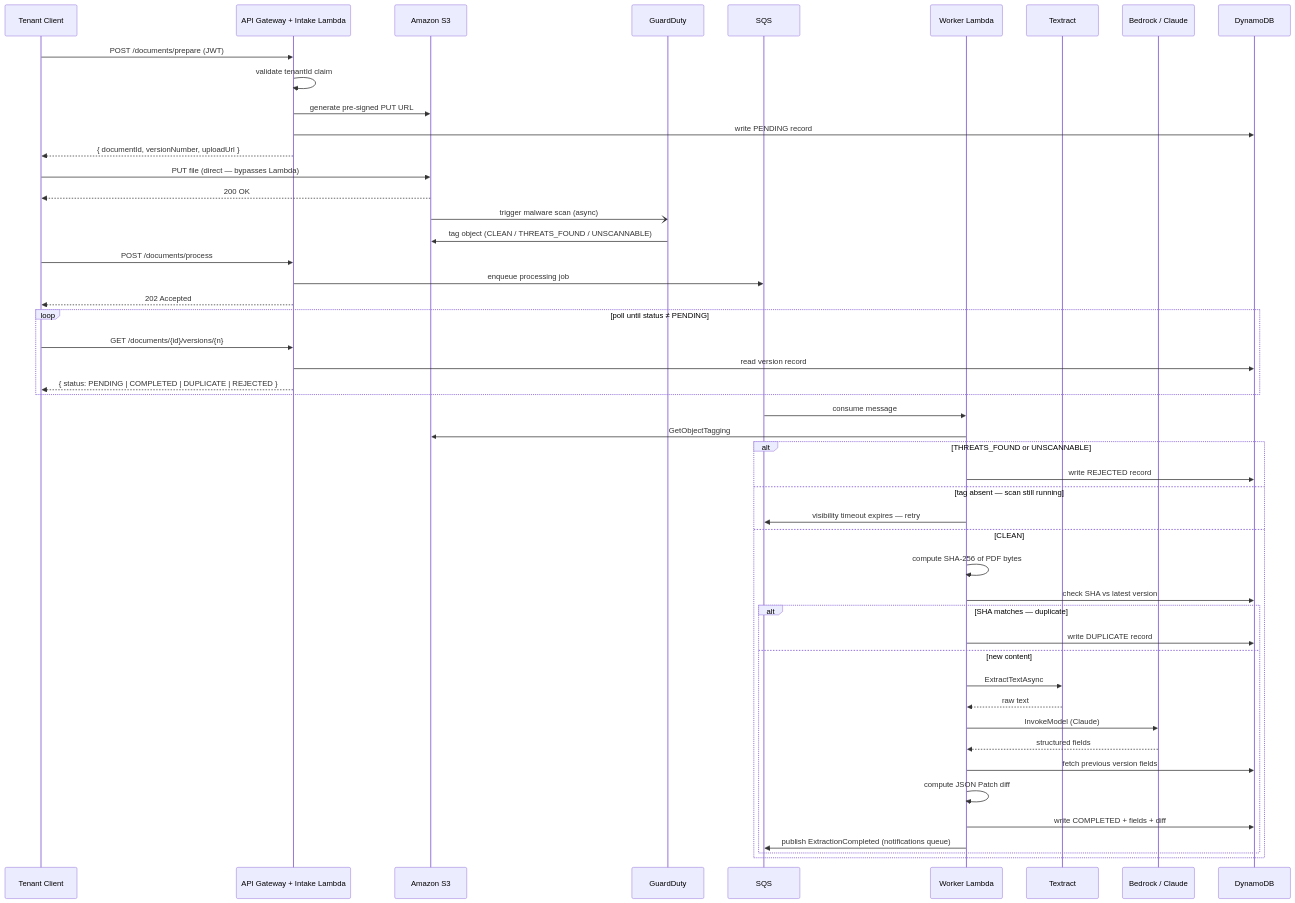
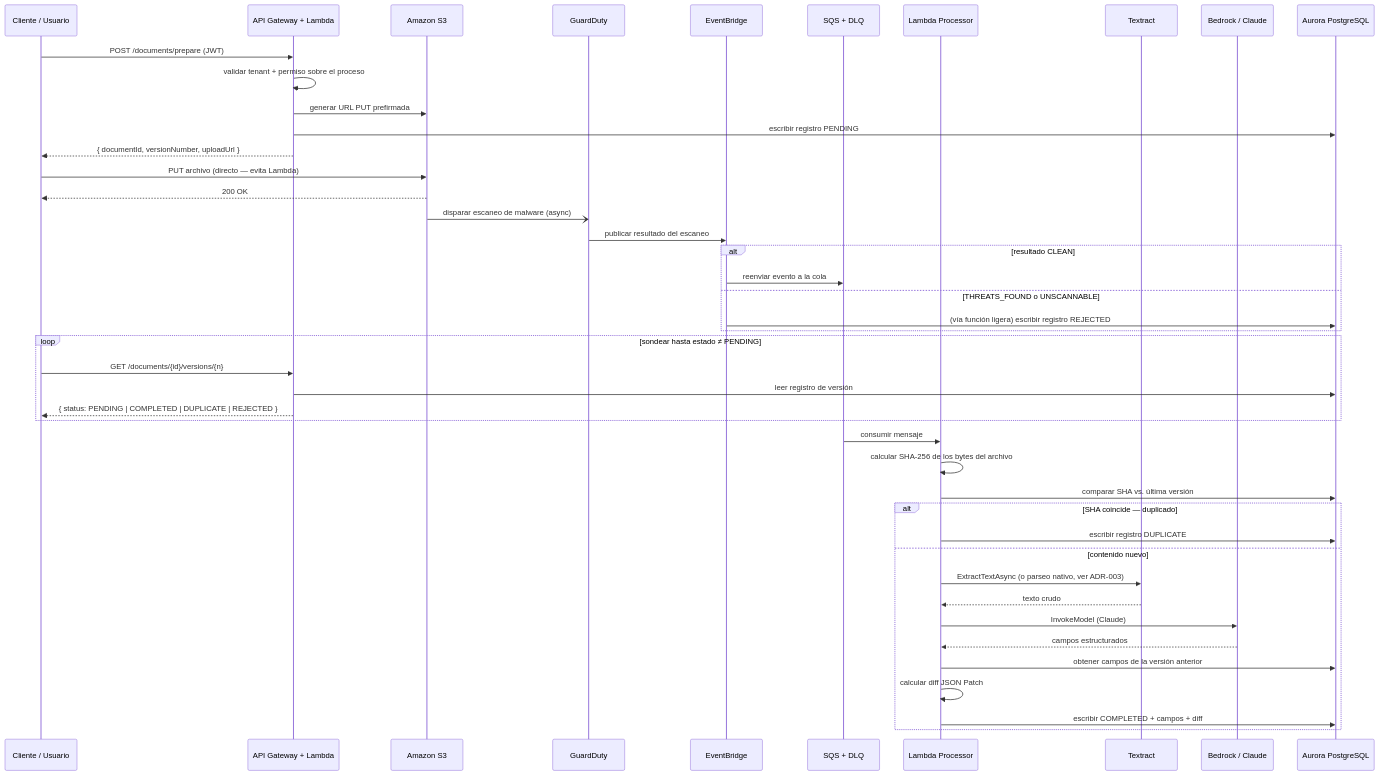
One commit to cincuentaydos/DocLens.Docs changed the first of 6 diagrams in docs/data-flow.md. Above: the diagram before and after it, drawn with Mermaid. The commit also changed other lines of this file and 25 other files, not shown here.

````diff
--- a/docs/data-flow.md
+++ b/docs/data-flow.md
@@ -7,57 +7,52 @@
 ```mermaid
 sequenceDiagram
-    participant C as Tenant Client
-    participant GW as API Gateway + Intake Lambda
+    participant C as Cliente / Usuario
+    participant GW as API Gateway + Lambda
     participant S3 as Amazon S3
     participant GD as GuardDuty
-    participant SQ as SQS
-    participant WK as Worker Lambda
+    participant EB as EventBridge
+    participant SQ as SQS + DLQ
+    participant WK as Lambda Processor
     participant TX as Textract
     participant BD as Bedrock / Claude
-    participant DB as DynamoDB
+    participant DB as Aurora PostgreSQL
 
     C->>GW: POST /documents/prepare (JWT)
-    GW->>GW: validate tenantId claim
-    GW->>S3: generate pre-signed PUT URL
-    GW->>DB: write PENDING record
+    GW->>GW: validar tenant + permiso sobre el proceso
+    GW->>S3: generar URL PUT prefirmada
+    GW->>DB: escribir registro PENDING
     GW-->>C: { documentId, versionNumber, uploadUrl }
 
-    C->>S3: PUT file (direct — bypasses Lambda)
+    C->>S3: PUT archivo (directo — evita Lambda)
     S3-->>C: 200 OK
-    S3-)GD: trigger malware scan (async)
-    GD->>S3: tag object (CLEAN / THREATS_FOUND / UNSCANNABLE)
+    S3-)GD: disparar escaneo de malware (async)
+    GD->>EB: publicar resultado del escaneo
 
-    C->>GW: POST /documents/process
-    GW->>SQ: enqueue processing job
-    GW-->>C: 202 Accepted
+    alt resultado CLEAN
+        EB->>SQ: reenviar evento a la cola
+    else THREATS_FOUND o UNSCANNABLE
+        EB->>DB: (vía función ligera) escribir registro REJECTED
+    end
 
-    loop poll until status ≠ PENDING
+    loop sondear hasta estado ≠ PENDING
         C->>GW: GET /documents/{id}/versions/{n}
-        GW->>DB: read version record
+        GW->>DB: leer registro de versión
         GW-->>C: { status: PENDING | COMPLETED | DUPLICATE | REJECTED }
     end
 
-    SQ->>WK: consume message
-    WK->>S3: GetObjectTagging
+    SQ->>WK: consumir mensaje
+    WK->>WK: calcular SHA-256 de los bytes del archivo
+    WK->>DB: comparar SHA vs. última versión
 
-    alt THREATS_FOUND or UNSCANNABLE
-        WK->>DB: write REJECTED record
-    else tag absent — scan still running
-        WK->>SQ: visibility timeout expires — retry
-    else CLEAN
-        WK->>WK: compute SHA-256 of PDF bytes
-        WK->>DB: check SHA vs latest version
-        alt SHA matches — duplicate
-            WK->>DB: write DUPLICATE record
-        else new content
-            WK->>TX: ExtractTextAsync
-            TX-->>WK: raw text
-            WK->>BD: InvokeModel (Claude)
-            BD-->>WK: structured fields
-            WK->>DB: fetch previous version fields
-            WK->>WK: compute JSON Patch diff
-            WK->>DB: write COMPLETED + fields + diff
-            WK->>SQ: publish ExtractionCompleted (notifications queue)
-        end
+    alt SHA coincide — duplicado
+        WK->>DB: escribir registro DUPLICATE
+    else contenido nuevo
+        WK->>TX: ExtractTextAsync (o parseo nativo, ver ADR-003)
+        TX-->>WK: texto crudo
+        WK->>BD: InvokeModel (Claude)
+        BD-->>WK: campos estructurados
+        WK->>DB: obtener campos de la versión anterior
+        WK->>WK: calcular diff JSON Patch
+        WK->>DB: escribir COMPLETED + campos + diff
     end
 ```
````
